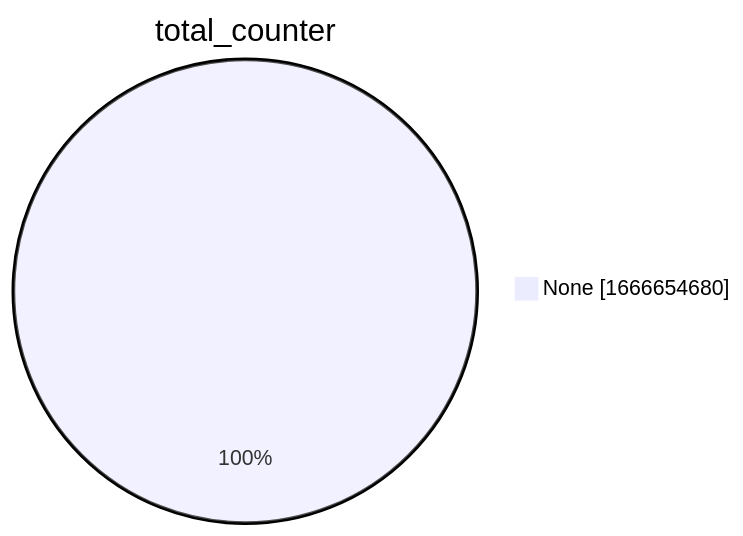
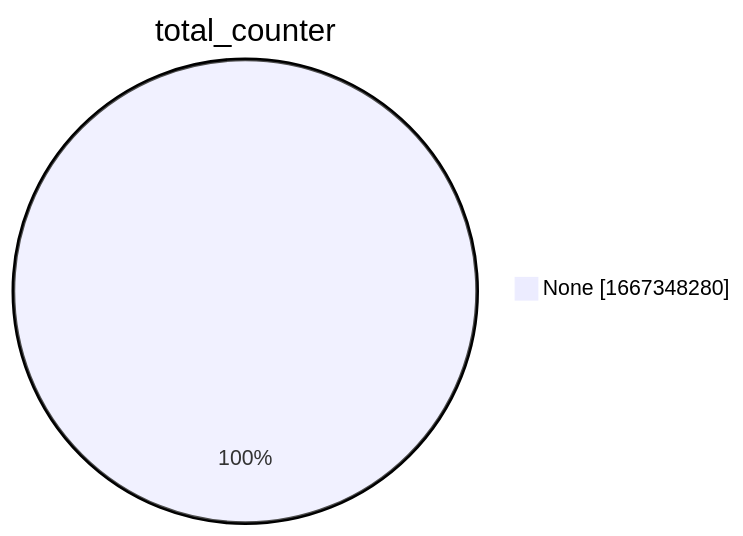
Before and after one commit to christiankrug/ctmonitor_visualization: the second of 15 diagrams in xenon2022/README.md, drawn with Mermaid. The commit also changed other lines of this file, not shown here.

````diff
--- a/xenon2022/README.md
+++ b/xenon2022/README.md
@@ -9,5 +9,5 @@
 ```mermaid
 pie showData
 title total_counter
-"None" :1666654680
+"None" :1667348280
 ```
````
